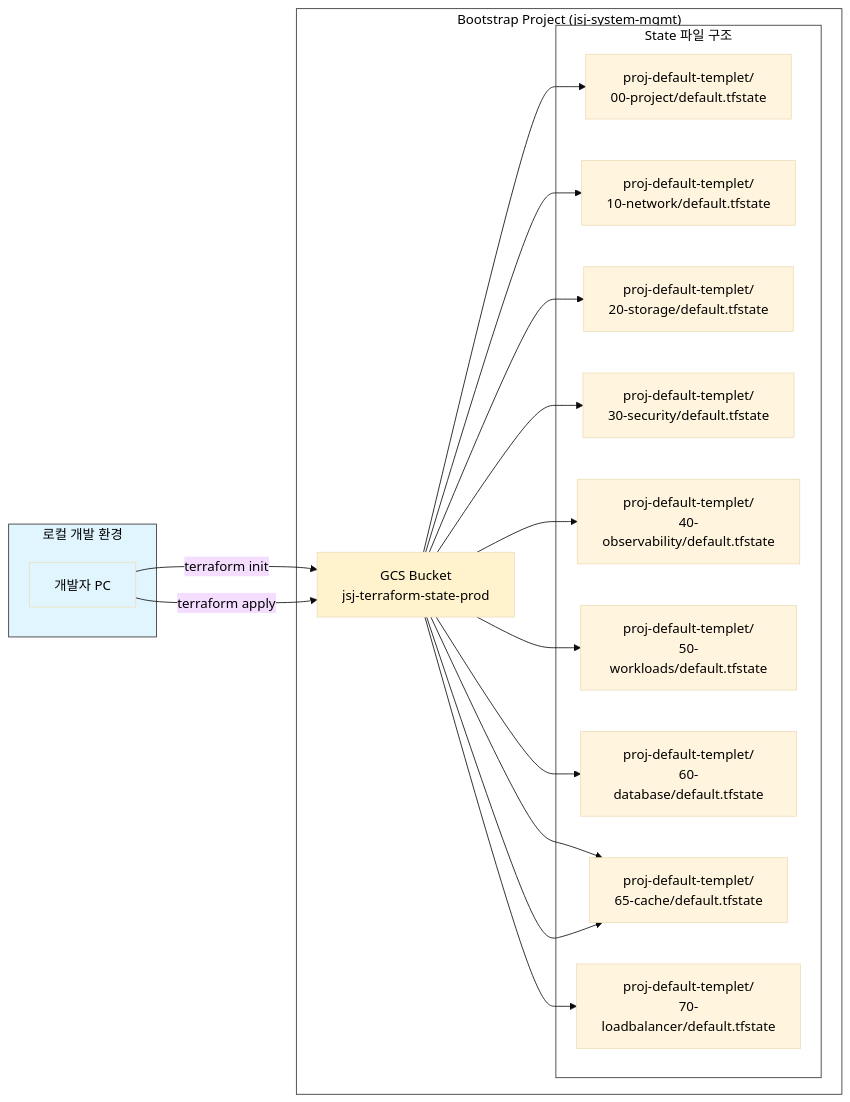
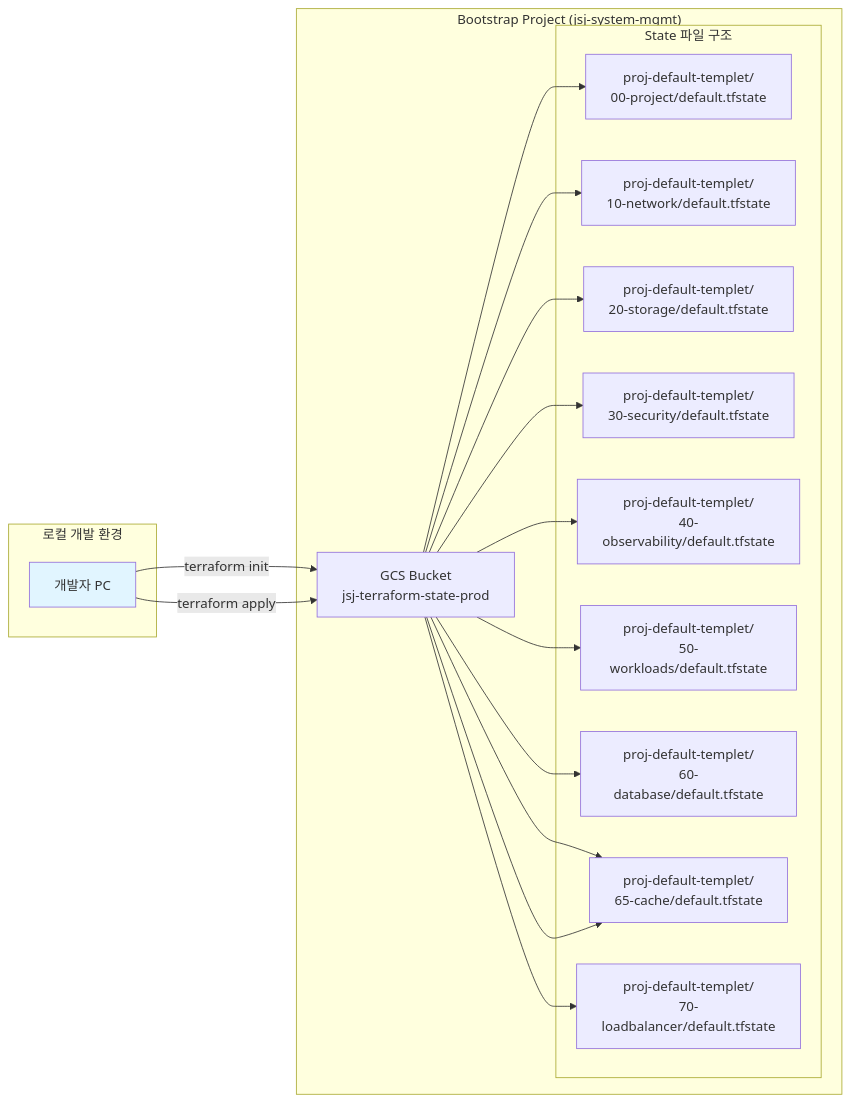
The second of 9 diagrams in terraform_gcp_infra/docs/architecture/diagrams.md (JSJ2337/GCP_terraform_code), drawn with Mermaid before and after one commit. The commit also changed other lines of this file and 5 other files, not shown here.

First line of the commit message:
fix: Mermaid 다이어그램 테마를 default로 변경 및 단순화

````diff
--- a/terraform_gcp_infra/docs/architecture/diagrams.md
+++ b/terraform_gcp_infra/docs/architecture/diagrams.md
@@ -101,42 +98,39 @@
 ```mermaid
-%%{init: {'theme': 'base', 'themeVariables': { 'primaryTextColor': '#000000', 'secondaryTextColor': '#000000', 'tertiaryTextColor': '#000000', 'clusterBkg': '#ffffff', 'clusterBorder': '#333333' }}}%%
+%%{init: {'theme': 'default'}}%%
 graph LR
     subgraph LocalEnv["로컬 개발 환경"]
         DEV[개발자 PC]
     end
 
     subgraph BootstrapProj["Bootstrap Project (jsj-system-mgmt)"]
         BUCKET[GCS Bucket<br/>jsj-terraform-state-prod]
 
         subgraph StateFiles["State 파일 구조"]
             S1[proj-default-templet/<br/>00-project/default.tfstate]
             S2[proj-default-templet/<br/>10-network/default.tfstate]
             S3[proj-default-templet/<br/>20-storage/default.tfstate]
             S4[proj-default-templet/<br/>30-security/default.tfstate]
             S5[proj-default-templet/<br/>40-observability/default.tfstate]
             S6[proj-default-templet/<br/>50-workloads/default.tfstate]
             S7[proj-default-templet/<br/>60-database/default.tfstate]
             S8[proj-default-templet/<br/>65-cache/default.tfstate]
             S9[proj-default-templet/<br/>70-loadbalancer/default.tfstate]
         end
     end
 
     DEV -->|terraform init| BUCKET
     DEV -->|terraform apply| BUCKET
     BUCKET --> S1
     BUCKET --> S2
     BUCKET --> S3
     BUCKET --> S4
     BUCKET --> S5
     BUCKET --> S6
     BUCKET --> S7
     BUCKET --> S8
     BUCKET --> S9
     BUCKET --> S8
 
-    style LocalEnv fill:#e1f5ff,color:#000000
-    style BootstrapProj fill:#ffffff,color:#000000
-    style StateFiles fill:#ffffff,color:#000000
-    style BUCKET fill:#fff3cd
+    style LocalEnv fill:#e1f5ff    style BootstrapProj fill:#ffffff    style StateFiles fill:#ffffff    style BUCKET fill:#fff3cd
     style DEV fill:#e1f5ff
 ```
````
